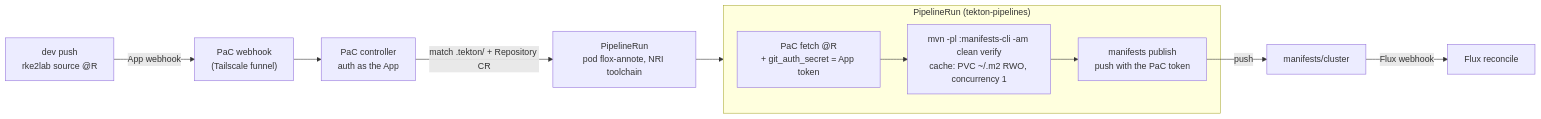
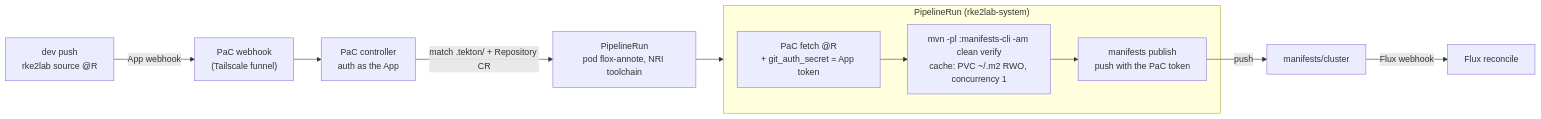
The second of 3 diagrams in docs/architecture/cluster-api/pac-in-cluster-render-spec.adoc (nxmatic/rke2lab), drawn with Mermaid before and after one commit. The commit also changed other lines of this file and 39 other files, not shown here.

First line of the commit message:
feat(dataplan): cluster ZFS layout SSOT + durable funnel cert + render in rke2lab-system

```diff
--- a/docs/architecture/cluster-api/pac-in-cluster-render-spec.adoc
+++ b/docs/architecture/cluster-api/pac-in-cluster-render-spec.adoc
@@ -56,14 +56,14 @@
 [mermaid]
 ....
 flowchart LR
   Dev["dev push<br/>rke2lab source @R"] -->|App webhook| PW["PaC webhook<br/>(Tailscale funnel)"]
   PW --> PaC["PaC controller<br/>auth as the App"]
   PaC -->|match .tekton/ + Repository CR| PLR["PipelineRun<br/>pod flox-annote, NRI toolchain"]
-  subgraph P["PipelineRun (tekton-pipelines)"]
+  subgraph P["PipelineRun (rke2lab-system)"]
     F["PaC fetch @R<br/>+ git_auth_secret = App token"] --> B["mvn -pl :manifests-cli -am clean verify<br/>cache: PVC ~/.m2 RWO, concurrency 1"]
     B --> Pub["manifests publish<br/>push with the PaC token"]
   end
   PLR --> P
   Pub -->|push| Branch["manifests/cluster"]
   Branch -->|Flux webhook| Flux["Flux reconcile"]
 ....
```
